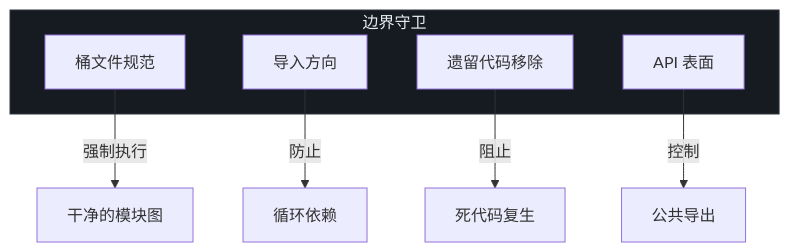
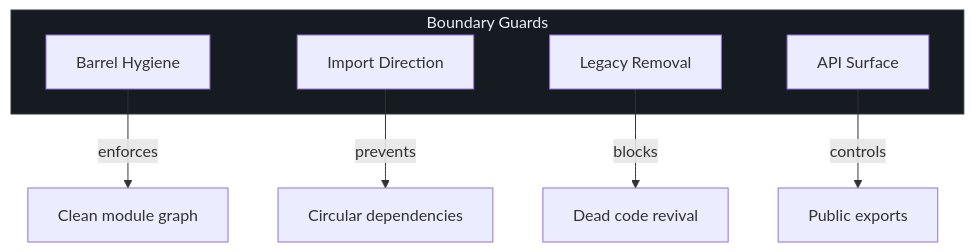
Before and after one commit to Ahoo-Wang/GodeX: the fifth of 5 diagrams in wiki/zh/08-testing/testing.md, drawn with Mermaid. The commit also changed other lines of this file and 36 other files, not shown here.

````diff
--- a/wiki/zh/08-testing/testing.md
+++ b/wiki/zh/08-testing/testing.md
@@ -201,15 +201,15 @@
 ```mermaid
 flowchart TD
-    subgraph BoundaryGuards ["边界守卫"]
+    subgraph BoundaryGuards ["Boundary Guards"]
         style BoundaryGuards fill:#161b22,stroke:#30363d,color:#e6edf3
-        A["桶文件规范"]
-        B["导入方向"]
-        C["遗留代码移除"]
-        D["API 表面"]
+        A["Barrel Hygiene"]
+        B["Import Direction"]
+        C["Legacy Removal"]
+        D["API Surface"]
     end
 
-    A -->|"强制执行"| E["干净的模块图"]
-    B -->|"防止"| F["循环依赖"]
-    C -->|"阻止"| G["死代码复生"]
-    D -->|"控制"| H["公共导出"]
+    A -->|"enforces"| E["Clean module graph"]
+    B -->|"prevents"| F["Circular dependencies"]
+    C -->|"blocks"| G["Dead code revival"]
+    D -->|"controls"| H["Public exports"]
 ```
````
